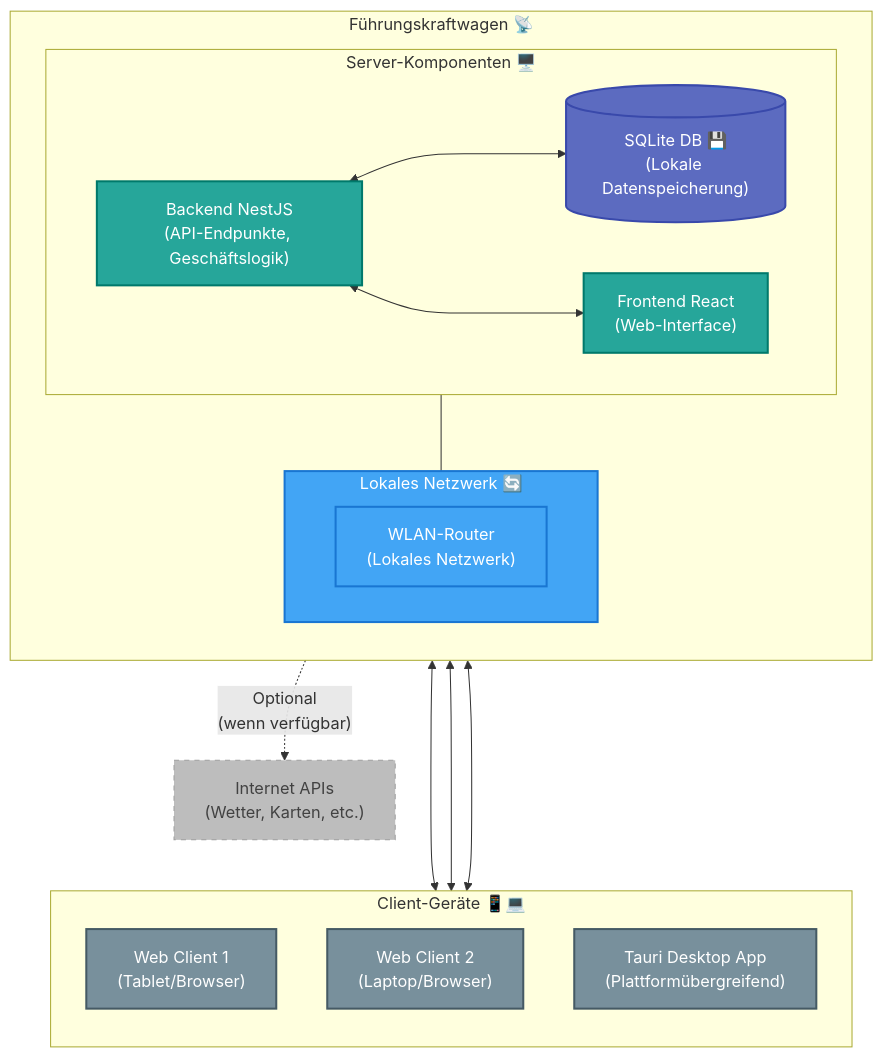
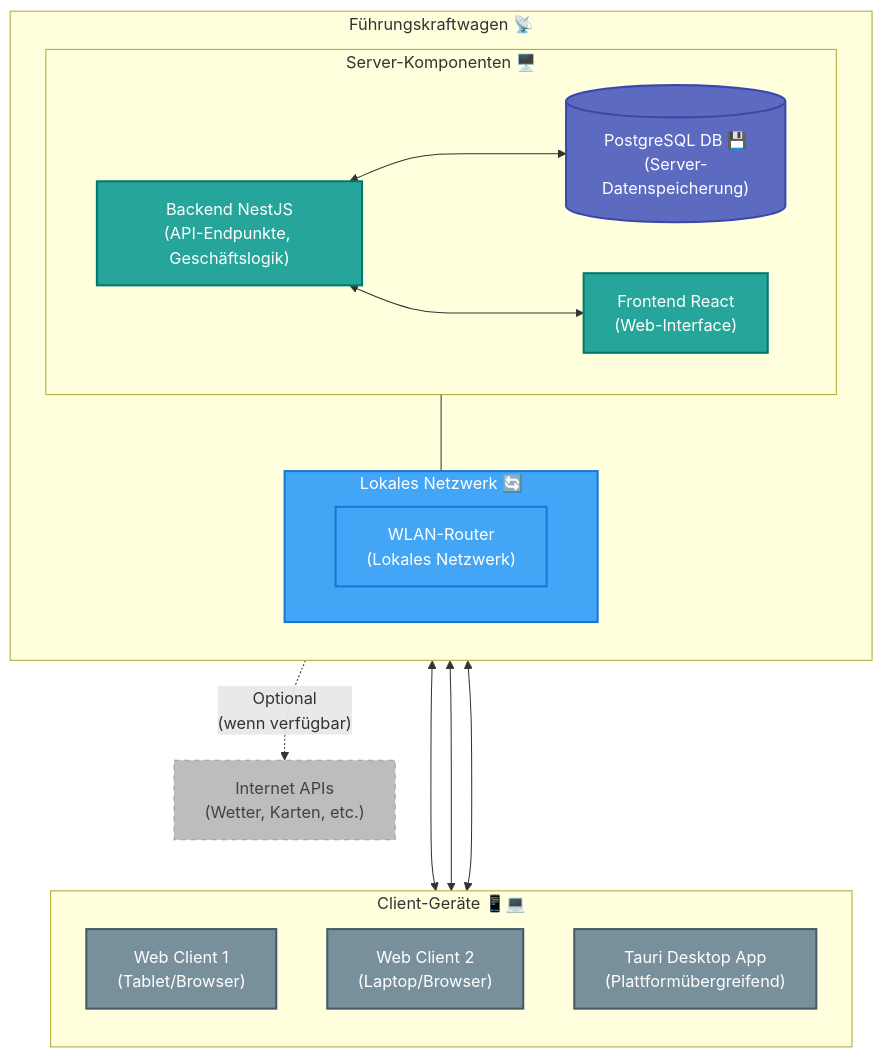
The first of 7 diagrams in docs/architecture/07-deployment-view.adoc (bluelight-hub/app), drawn with Mermaid before and after one commit. The commit also changed other lines of this file and 49 other files, not shown here.

```diff
--- a/docs/architecture/07-deployment-view.adoc
+++ b/docs/architecture/07-deployment-view.adoc
@@ -18,43 +18,43 @@
 [mermaid]
 ....
 flowchart TB
  subgraph Server["Server-Komponenten 🖥️"]
     direction LR
-        DB[("SQLite DB 💾\n(Lokale Datenspeicherung)")]
+        DB[("PostgreSQL DB 💾\n(Server-Datenspeicherung)")]
         Backend["Backend NestJS\n(API-Endpunkte, Geschäftslogik)"]
         Frontend["Frontend React\n(Web-Interface)"]
   end
  subgraph Netzwerk["Lokales Netzwerk 🔄"]
         WLAN["WLAN-Router\n(Lokales Netzwerk)"]
   end
  subgraph s1["Führungskraftwagen 📡"]
     direction TB
         Server
         Netzwerk
   end
  subgraph Clients["Client-Geräte 📱💻"]
     direction TB
         WebClient1["Web Client 1\n(Tablet/Browser)"]
         WebClient2["Web Client 2\n(Laptop/Browser)"]
         TauriClient["Tauri Desktop App\n(Plattformübergreifend)"]
   end
     Backend <---> DB & Frontend
     Server --- Netzwerk
     Backend -. Optional\n(wenn verfügbar) .-> InternetAPIs["Internet APIs\n(Wetter, Karten, etc.)"]
     Netzwerk <---> WebClient1 & WebClient2 & TauriClient
 
      DB:::database
      Backend:::server
      Frontend:::server
      WLAN:::network
      Netzwerk:::network
      WebClient1:::client
      WebClient2:::client
      TauriClient:::client
      InternetAPIs:::optional
     classDef server fill:#26A69A,stroke:#00796B,color:white,stroke-width:2px
     classDef database fill:#5C6BC0,stroke:#3949AB,color:white,stroke-width:2px
     classDef client fill:#78909C,stroke:#455A64,color:white,stroke-width:2px
     classDef network fill:#42A5F5,stroke:#1976D2,color:white,stroke-width:2px
     classDef optional fill:#BDBDBD,stroke:#9E9E9E,color:#424242,stroke-width:1px,stroke-dasharray: 5 5
 ....
```
